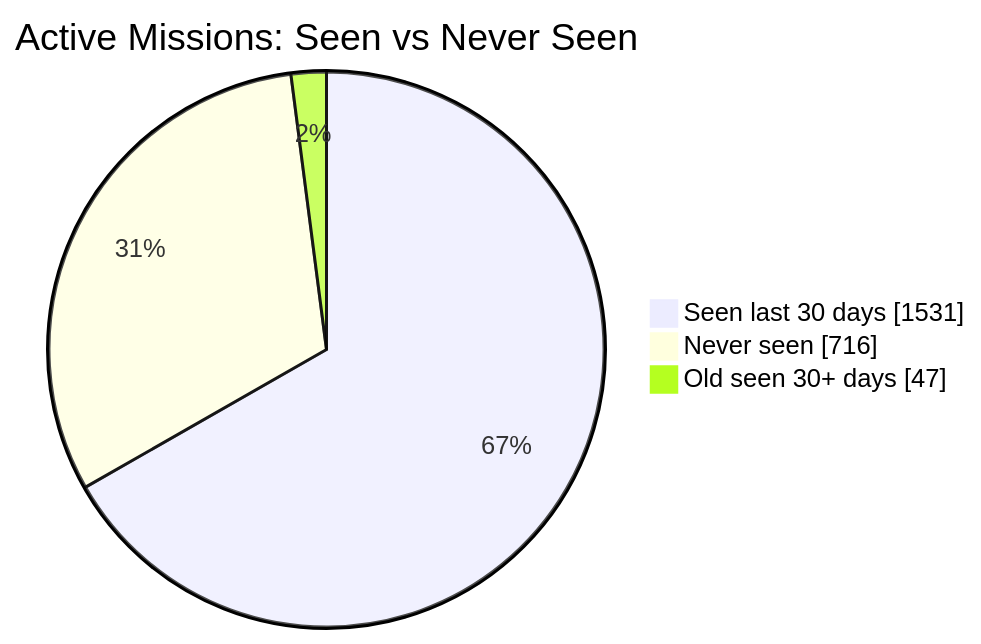
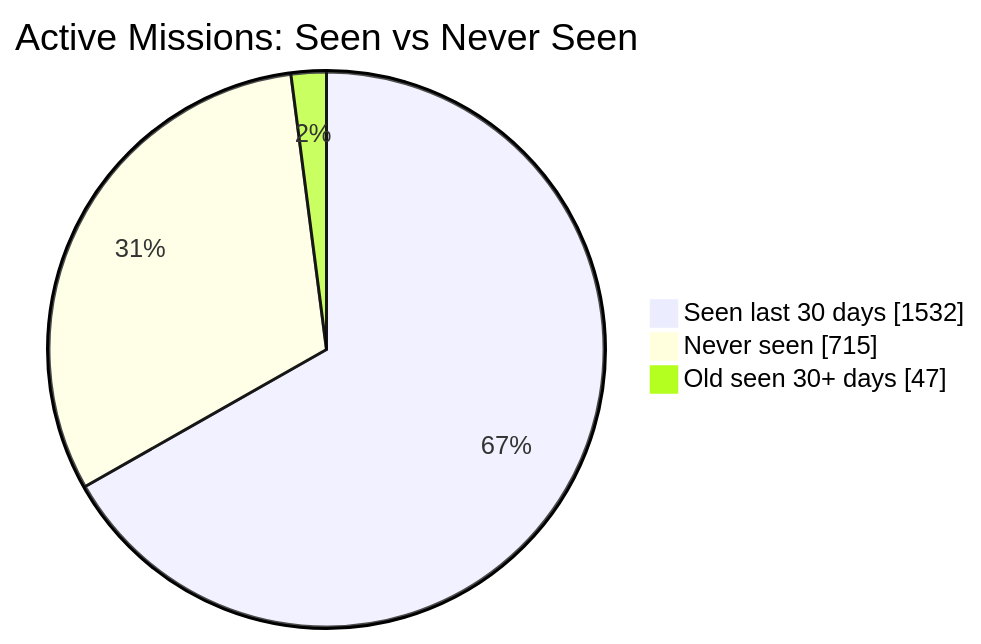
One commit to MeldkamerspelGameTeam/active-missions changed the first of 2 diagrams in README.md. Above: the diagram before and after it, drawn with Mermaid. The commit also changed other lines of this file and 2 other files, not shown here.

````diff
--- a/README.md
+++ b/README.md
@@ -34,7 +34,7 @@
 ```mermaid
 pie showData
     title Active Missions: Seen vs Never Seen
-    "Seen last 30 days" : 1531
-    "Never seen" : 716
+    "Seen last 30 days" : 1532
+    "Never seen" : 715
     "Old seen 30+ days" : 47
 ```
````
